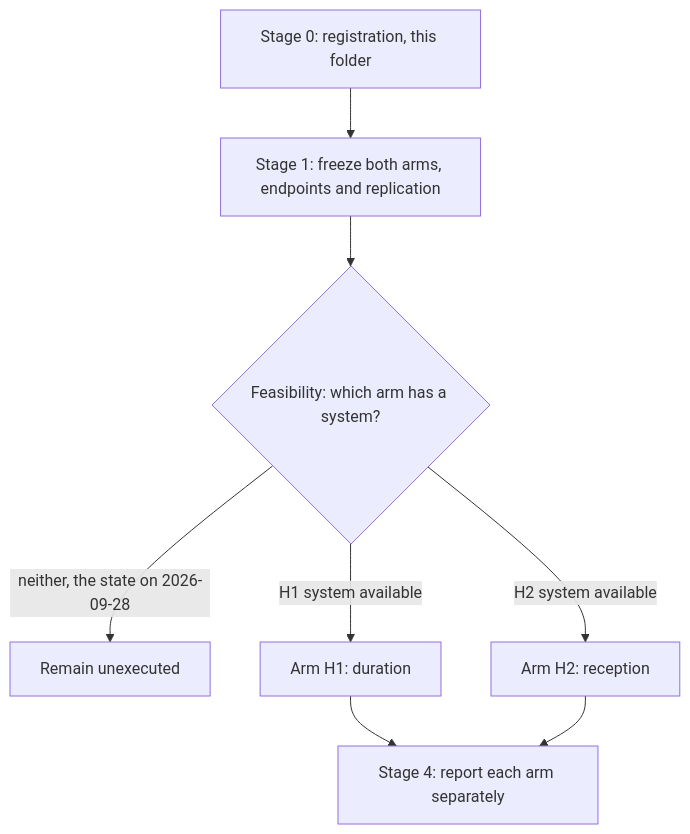
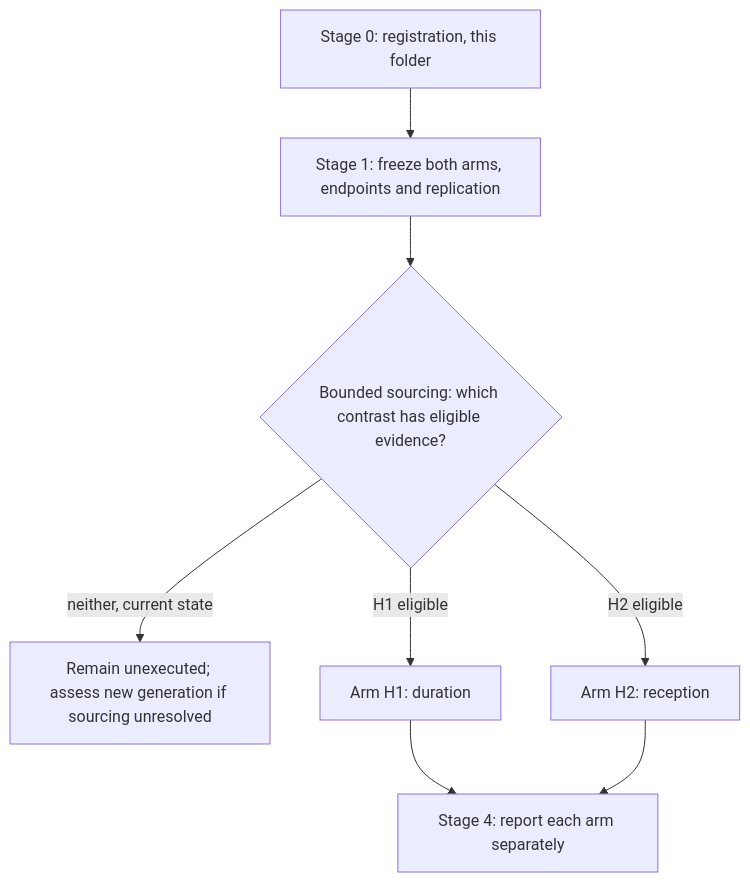
Before and after one commit to xorca0711/ravel: the diagram in RQ_Specified/A14_withdrawal_recovery_and_reception/PLAN.md, drawn with Mermaid. The commit also changed other lines of this file and 25 other files, not shown here.

````diff
--- a/RQ_Specified/A14_withdrawal_recovery_and_reception/PLAN.md
+++ b/RQ_Specified/A14_withdrawal_recovery_and_reception/PLAN.md
@@ -10,10 +12,10 @@
 ```mermaid
 flowchart TB
     S0[Stage 0: registration, this folder] --> S1[Stage 1: freeze both arms, endpoints and replication]
-    S1 --> S2{Feasibility: which arm has a system?}
-    S2 -->|neither, the state on 2026-09-28| BLOCK[Remain unexecuted]
-    S2 -->|H1 system available| H1[Arm H1: duration]
-    S2 -->|H2 system available| H2[Arm H2: reception]
+    S1 --> S2{Bounded sourcing: which contrast has eligible evidence?}
+    S2 -->|neither, current state| BLOCK[Remain unexecuted; assess new generation if sourcing unresolved]
+    S2 -->|H1 eligible| H1[Arm H1: duration]
+    S2 -->|H2 eligible| H2[Arm H2: reception]
     H1 --> S4[Stage 4: report each arm separately]
     H2 --> S4
 ```
````
